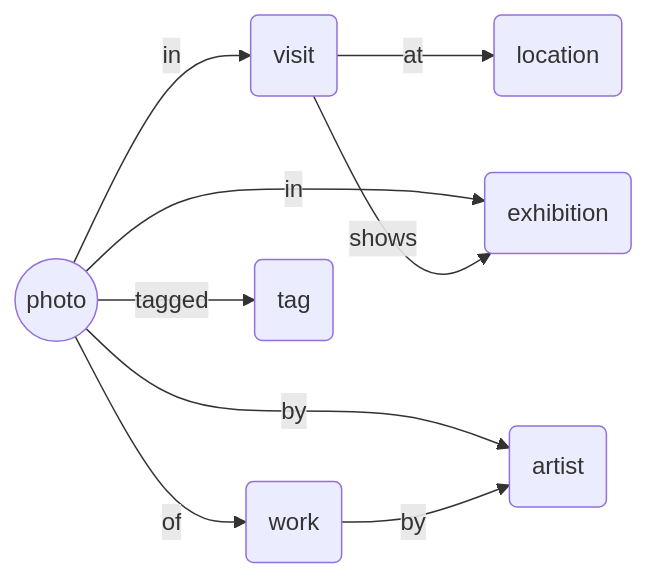
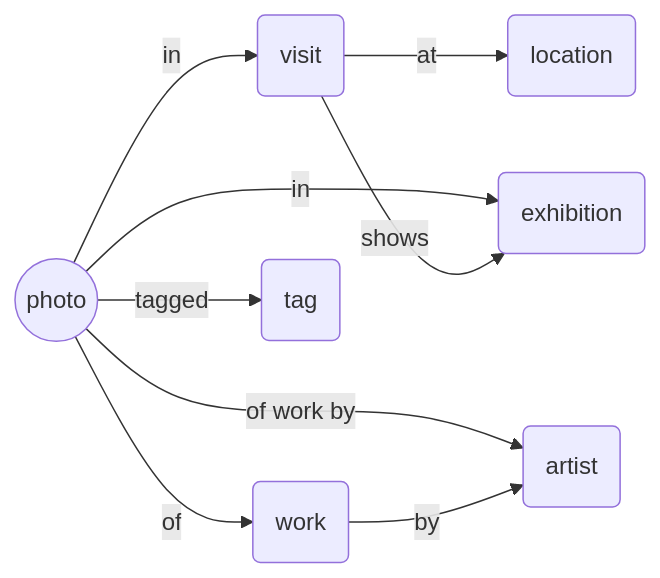
Before and after one commit to haszari/photos: the diagram in README.md, drawn with Mermaid.

Commit message:
Clarify the photo-to-artist edge label

````diff
--- a/README.md
+++ b/README.md
@@ -153,11 +153,11 @@
 ```mermaid
 graph LR
     photo((photo)) -->|in| visit(visit)
-    photo -->|by| artist(artist)
+    photo -->|of work by| artist(artist)
     photo -->|of| work(work)
     photo -->|tagged| tag(tag)
     photo -->|in| exhibition(exhibition)
     visit -->|at| location(location)
     visit -->|shows| exhibition
     work -->|by| artist
 ```
````
